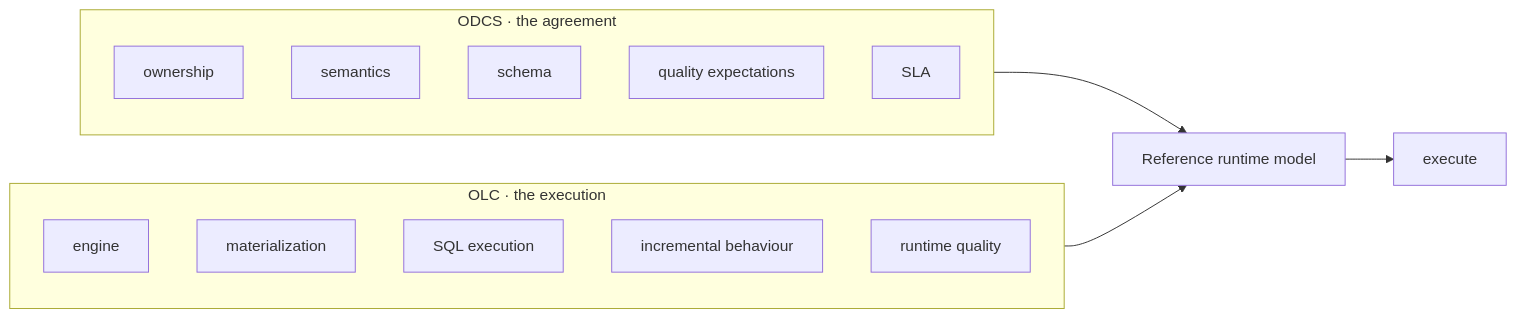
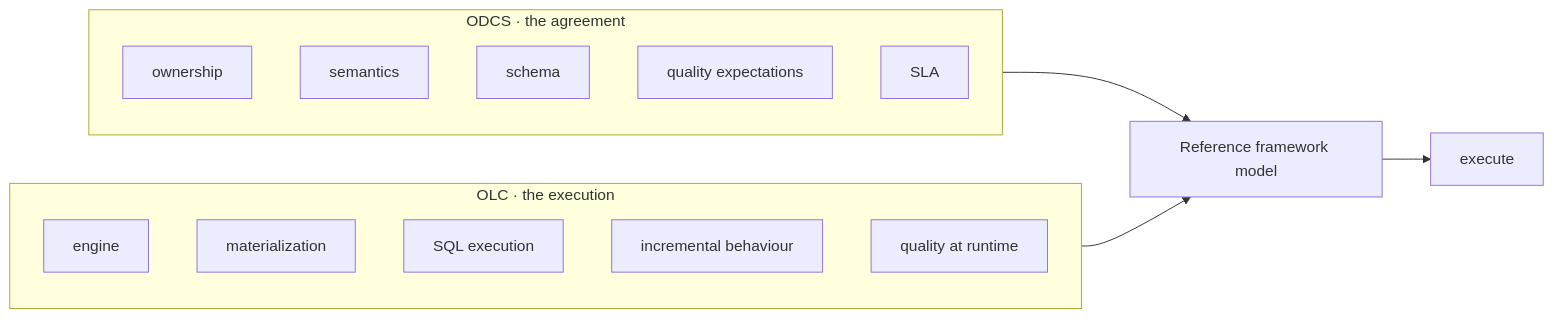
One commit to LakeLogic/open-lakehouse-contract changed the second of 2 diagrams in docs/concepts/vs-odcs.md. Above: the diagram before and after it, drawn with Mermaid. The commit also changed other lines of this file and 32 other files, not shown here.

````diff
--- a/docs/concepts/vs-odcs.md
+++ b/docs/concepts/vs-odcs.md
@@ -70,20 +70,20 @@
 ```mermaid
 flowchart LR
     subgraph ODCS[ODCS · the agreement]
       A1[ownership]
       A2[semantics]
       A3[schema]
       A4[quality expectations]
       A5[SLA]
     end
     subgraph OLC[OLC · the execution]
       B1[engine]
       B2[materialization]
       B3[SQL execution]
       B4[incremental behaviour]
-      B5[runtime quality]
+      B5[quality at runtime]
     end
-    ODCS --> M[Reference runtime model]
+    ODCS --> M[Reference framework model]
     OLC --> M
     M --> X[execute]
 ```
````
